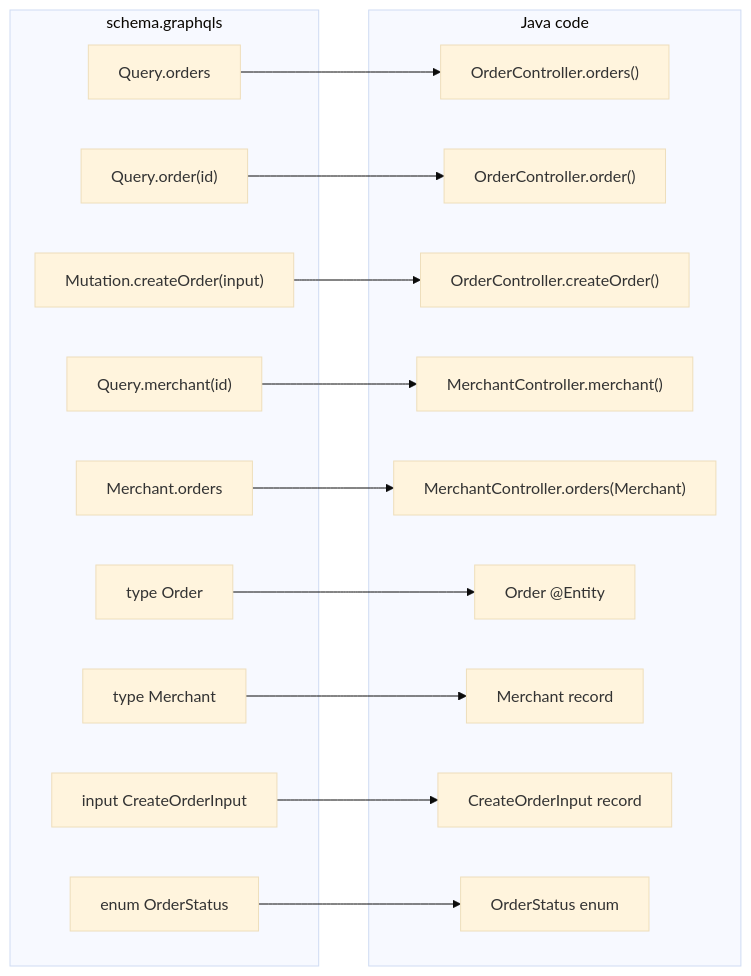
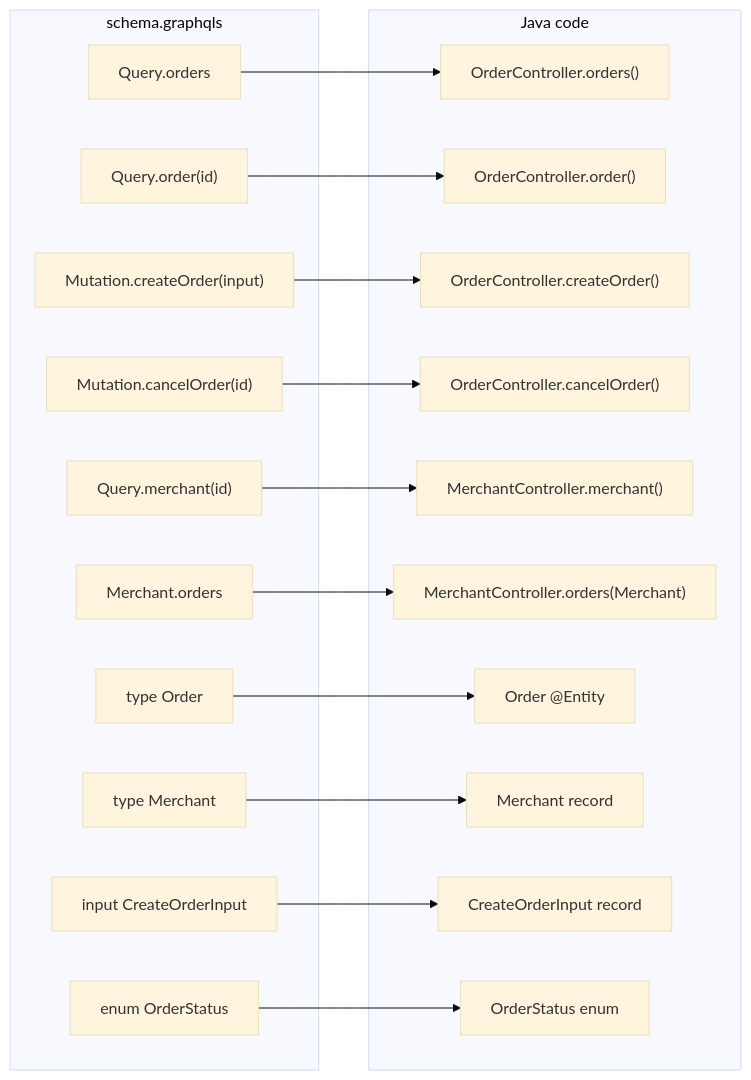
The second of 3 diagrams in SCHEMA.md (Bevia/graphql-payments), drawn with Mermaid (base theme) before and after one commit. The commit also changed other lines of this file and 10 other files, not shown here.

Commit message:
add cancel to the schema

````diff
--- a/SCHEMA.md
+++ b/SCHEMA.md
@@ -150,36 +162,39 @@
 ```mermaid
 flowchart LR
     subgraph Schema["schema.graphqls"]
         Q_orders["Query.orders"]
         Q_order["Query.order(id)"]
         M_create["Mutation.createOrder(input)"]
+        M_cancel["Mutation.cancelOrder(id)"]
         Q_merchant["Query.merchant(id)"]
         T_morders["Merchant.orders"]
         T_order["type Order"]
         T_merchant["type Merchant"]
         I_input["input CreateOrderInput"]
         E_status["enum OrderStatus"]
     end
 
     subgraph Java["Java code"]
         OC_orders["OrderController.orders()"]
         OC_order["OrderController.order()"]
         OC_create["OrderController.createOrder()"]
+        OC_cancel["OrderController.cancelOrder()"]
         MC_merchant["MerchantController.merchant()"]
         MC_orders["MerchantController.orders(Merchant)"]
         J_order["Order @Entity"]
         J_merchant["Merchant record"]
         J_input["CreateOrderInput record"]
         J_status["OrderStatus enum"]
     end
 
     Q_orders --> OC_orders
     Q_order --> OC_order
     M_create --> OC_create
+    M_cancel --> OC_cancel
     Q_merchant --> MC_merchant
     T_morders --> MC_orders
     T_order --> J_order
     T_merchant --> J_merchant
     I_input --> J_input
     E_status --> J_status
 ```
````
